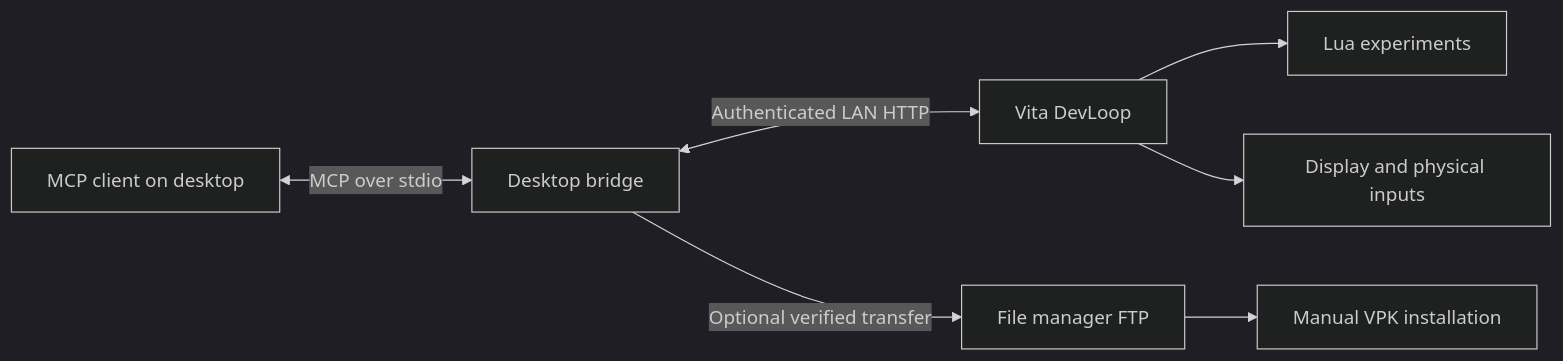
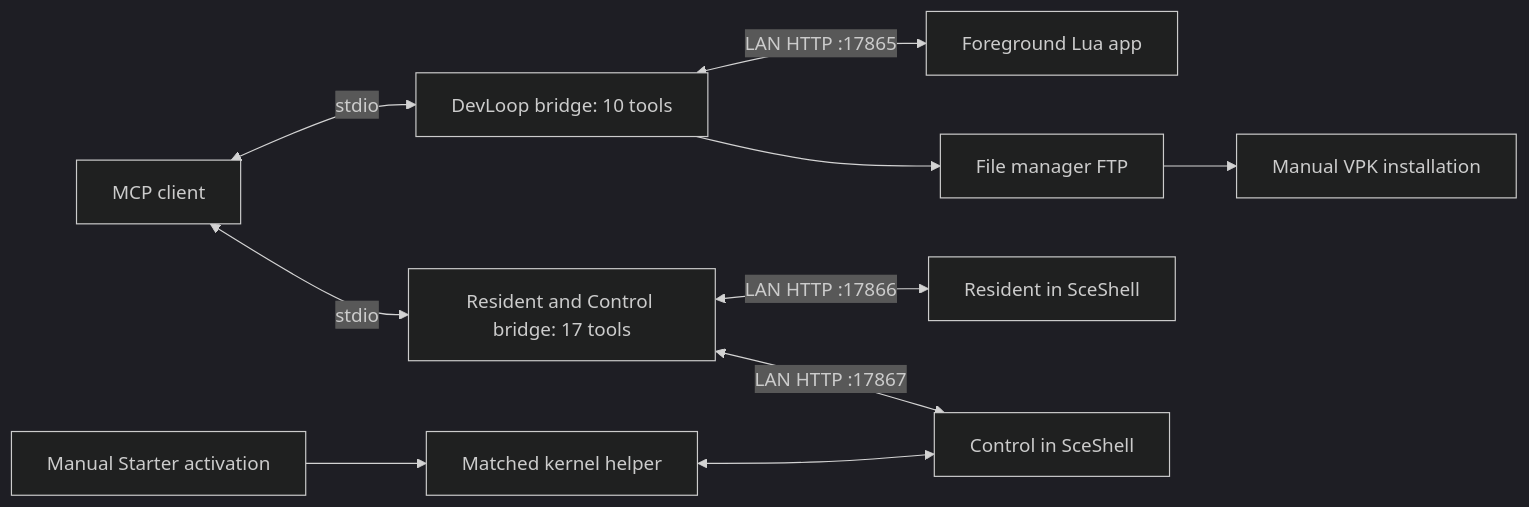
Before and after one commit to LeiterConsulting/ps-vita-mcp: the diagram in README.md, drawn with Mermaid (dark theme). The commit also changed other lines of this file and 67 other files, not shown here.

````diff
--- a/README.md
+++ b/README.md
@@ -63,9 +54,12 @@
 ```mermaid
 flowchart LR
-    Client[MCP client on desktop] <-->|MCP over stdio| Bridge[Desktop bridge]
-    Bridge <-->|Authenticated LAN HTTP| App[Vita DevLoop]
-    App --> Lua[Lua experiments]
-    App --> Hardware[Display and physical inputs]
-    Bridge -->|Optional verified transfer| FTP[File manager FTP]
+    Client[MCP client] <-->|stdio| DevBridge[DevLoop bridge: 10 tools]
+    Client <-->|stdio| Background[Resident and Control bridge: 17 tools]
+    DevBridge <-->|LAN HTTP :17865| DevLoop[Foreground Lua app]
+    Background <-->|LAN HTTP :17866| Resident[Resident in SceShell]
+    Background <-->|LAN HTTP :17867| Control[Control in SceShell]
+    Starter[Manual Starter activation] --> Kernel[Matched kernel helper]
+    Kernel <--> Control
+    DevBridge --> FTP[File manager FTP]
     FTP --> Install[Manual VPK installation]
 ```
````
